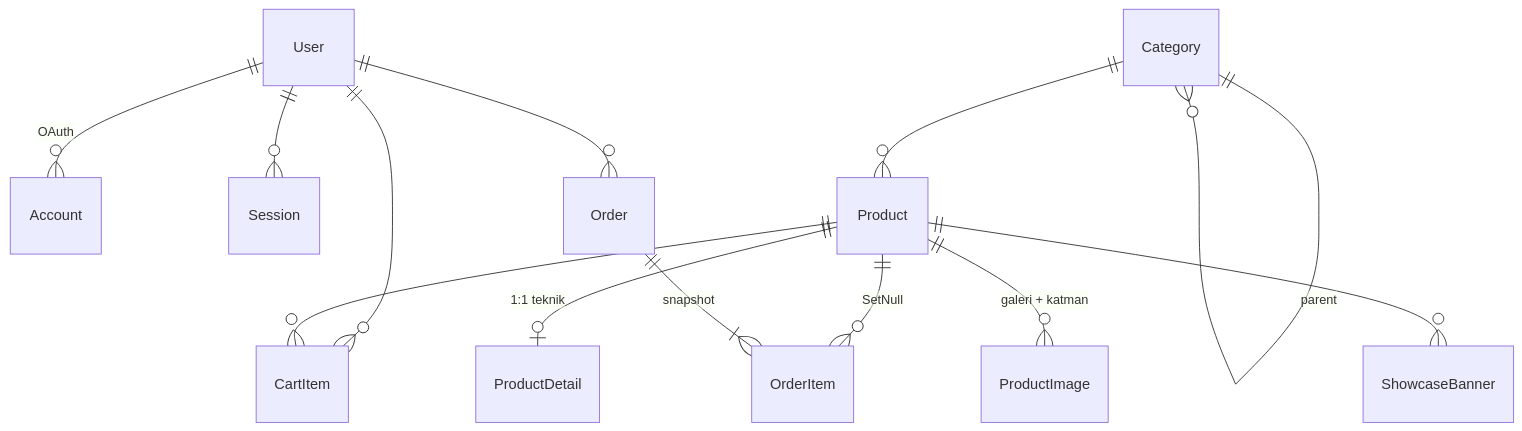
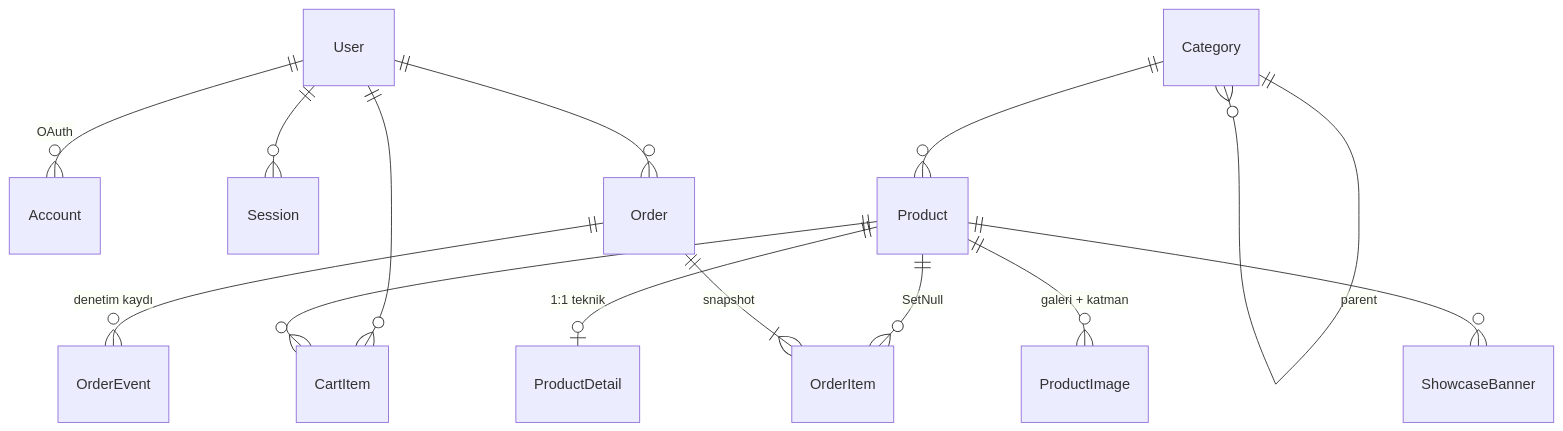
The seventh of 7 diagrams in docs/ARCHITECTURE.md (akdenizahmet242-del/T-Web-Site), drawn with Mermaid before and after one commit. The commit also changed other lines of this file and 34 other files, not shown here.

````diff
--- a/docs/ARCHITECTURE.md
+++ b/docs/ARCHITECTURE.md
@@ -200,15 +282,16 @@
 ```mermaid
 erDiagram
   User ||--o{ Account : "OAuth"
   User ||--o{ Session : ""
   User ||--o{ CartItem : ""
   User ||--o{ Order : ""
   Category ||--o{ Category : "parent"
   Category ||--o{ Product : ""
   Product ||--o| ProductDetail : "1:1 teknik"
   Product ||--o{ ProductImage : "galeri + katman"
   Product ||--o{ CartItem : ""
   Product ||--o{ OrderItem : "SetNull"
   Product ||--o{ ShowcaseBanner : ""
   Order ||--|{ OrderItem : "snapshot"
+  Order ||--o{ OrderEvent : "denetim kaydı"
 ```
````
